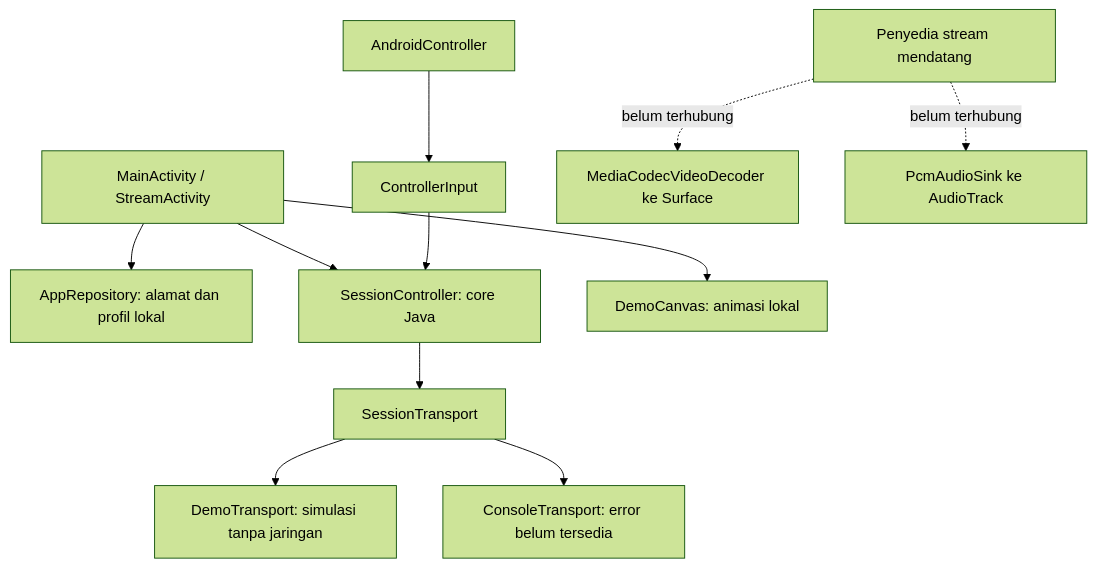
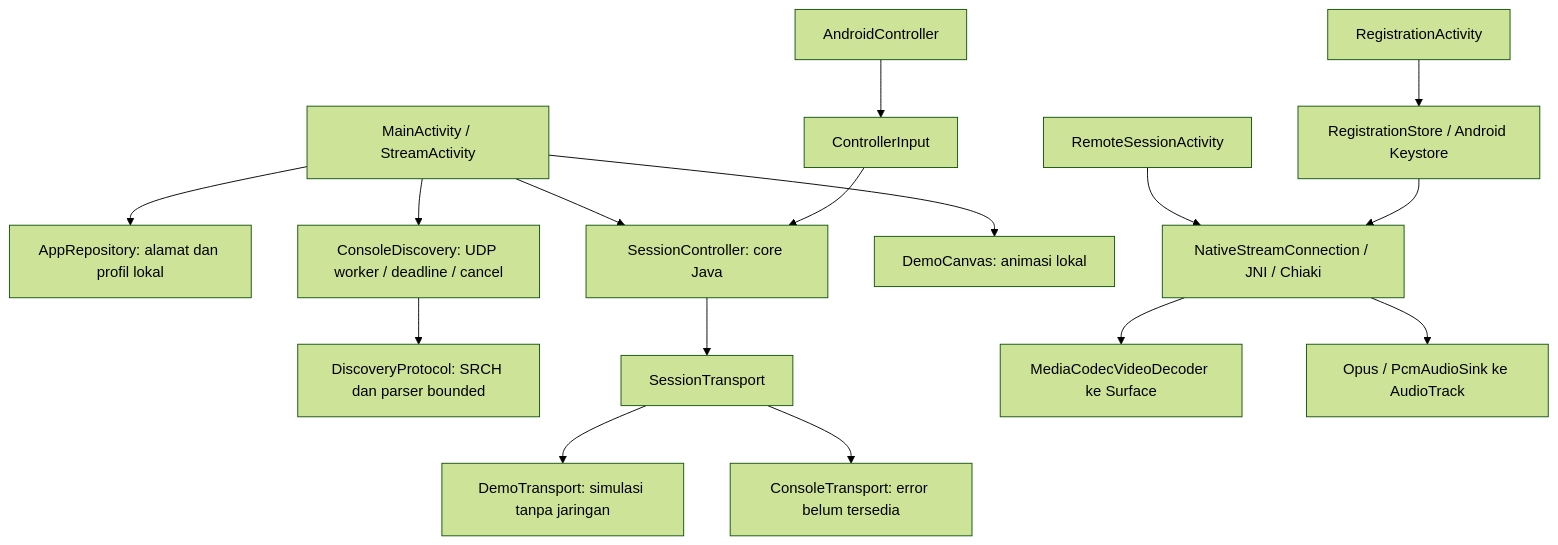
Before and after one commit to seandyadryan/PSX-Remote-Play: the diagram in docs/ARCHITECTURE.md, drawn with Mermaid (forest theme). The commit also changed other lines of this file and 104 other files, not shown here.

Commit message:
Add LAN console connections and prepare signed Play Store builds

````diff
--- a/docs/ARCHITECTURE.md
+++ b/docs/ARCHITECTURE.md
@@ -5,13 +5,18 @@
 ```mermaid
 flowchart TD
     UI[MainActivity / StreamActivity] --> Repo[AppRepository: alamat dan profil lokal]
     UI --> Session[SessionController: core Java]
+    UI --> Discovery[ConsoleDiscovery: UDP worker / deadline / cancel]
+    Discovery --> Protocol[DiscoveryProtocol: SRCH dan parser bounded]
     Input[AndroidController] --> Normalize[ControllerInput]
     Normalize --> Session
     Session --> Contract[SessionTransport]
     Contract --> Demo[DemoTransport: simulasi tanpa jaringan]
     Contract --> Stub[ConsoleTransport: error belum tersedia]
     UI --> Canvas[DemoCanvas: animasi lokal]
-    Future[Penyedia stream mendatang] -. belum terhubung .-> Video[MediaCodecVideoDecoder ke Surface]
-    Future -. belum terhubung .-> Audio[PcmAudioSink ke AudioTrack]
+    Remote[RemoteSessionActivity] --> Native[NativeStreamConnection / JNI / Chiaki]
+    Native --> Video[MediaCodecVideoDecoder ke Surface]
+    Native --> Audio[Opus / PcmAudioSink ke AudioTrack]
+    Register[RegistrationActivity] --> Vault[RegistrationStore / Android Keystore]
+    Vault --> Native
 ```
````
